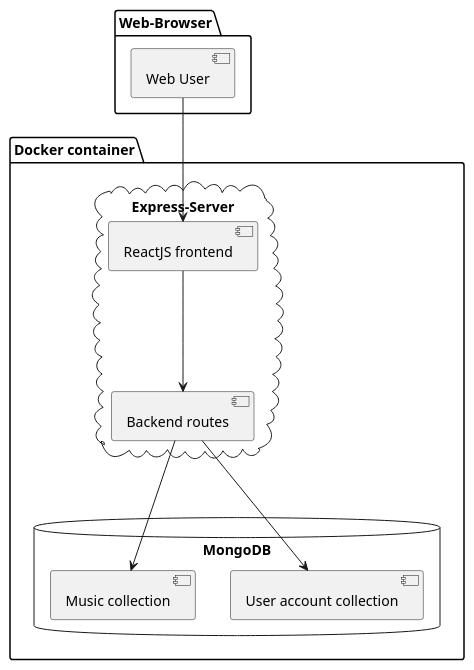
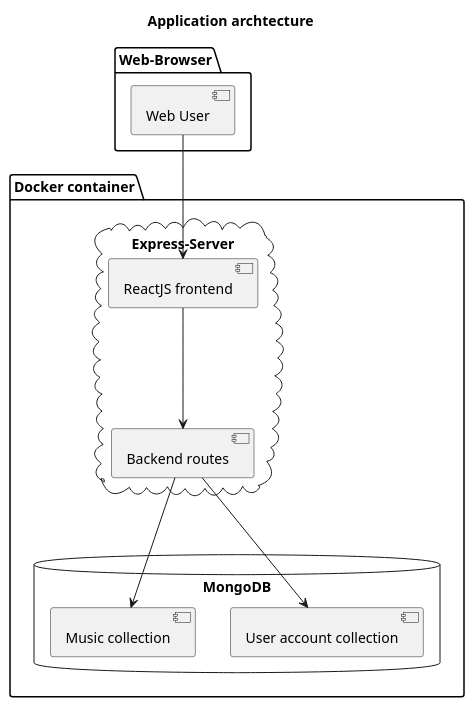
The diagram in Documentation/Application-architecture.plantuml (OJPARKINSON/Music-Player), drawn with PlantUML before and after one commit. The commit also changed 2 other files, not shown here.

Commit message:
sequence diagram added

```diff
--- a/Documentation/Application-architecture.plantuml
+++ b/Documentation/Application-architecture.plantuml
@@ -1,23 +1,24 @@
 @startuml
+title Application archtecture
 
 package "Docker container" {
   database MongoDB {
       [Music collection]
       [User account collection]
   }
   cloud Express-Server {
     [Backend routes]
     [ReactJS frontend]
   }
 }
 
 package Web-Browser {
  [Web User]
 }
 
 [Web User] --> [ReactJS frontend]
 [ReactJS frontend] ---> [Backend routes]
 [Backend routes] ---> [Music collection]
 [Backend routes] ---> [User account collection]
 
 @enduml
```
